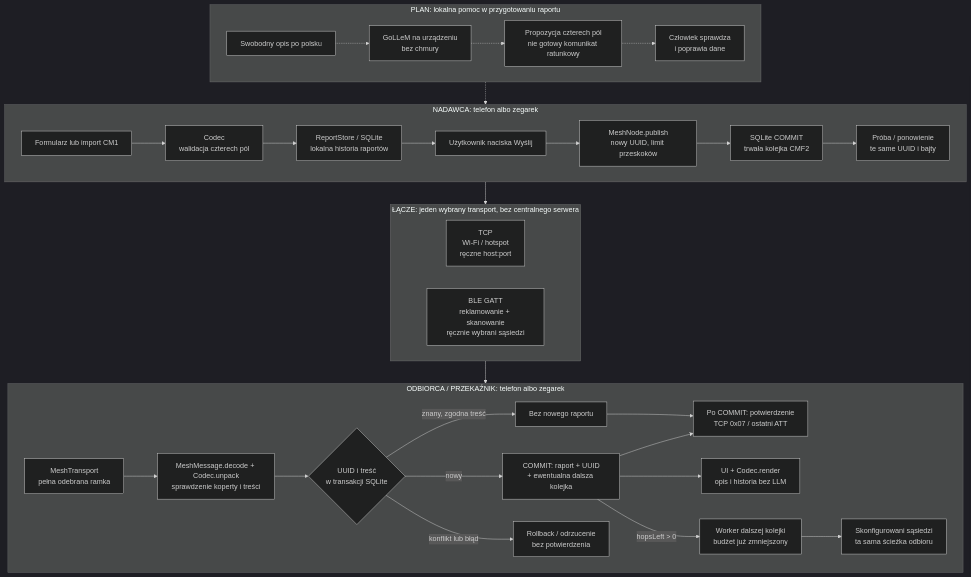
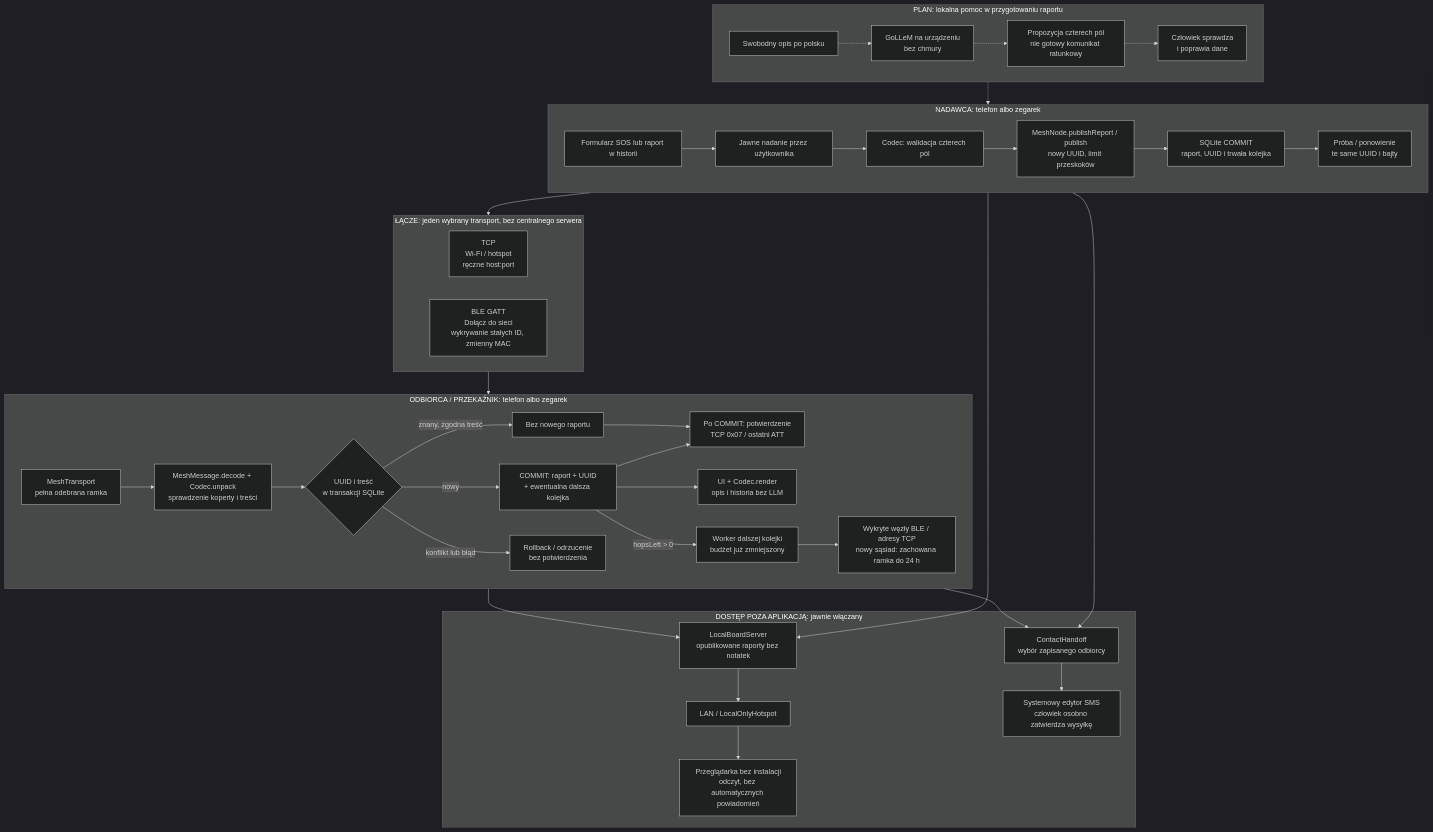
One commit to PiotrStyla/crisis_mesh changed the diagram in ARCHITECTURE.md. Above: the diagram before and after it, drawn with Mermaid (dark theme). The commit also changed other lines of this file and 20 other files, not shown here.

Commit message:
Add automatic BLE mesh, offline public board and explicit SMS handoff

````diff
--- a/ARCHITECTURE.md
+++ b/ARCHITECTURE.md
@@ -13,42 +13,51 @@
 ```mermaid
 flowchart TB
     subgraph future["PLAN: lokalna pomoc w przygotowaniu raportu"]
         direction LR
         text["Swobodny opis po polsku"] -.-> llm["GoLLeM na urządzeniu\nbez chmury"]
         llm -.-> proposal["Propozycja czterech pól\nnie gotowy komunikat ratunkowy"]
         proposal -.-> human["Człowiek sprawdza\ni poprawia dane"]
     end
 
     subgraph sender["NADAWCA: telefon albo zegarek"]
         direction LR
-        form["Formularz lub import CM1"] --> codec["Codec\nwalidacja czterech pól"]
-        codec --> local["ReportStore / SQLite\nlokalna historia raportów"]
-        local --> send["Użytkownik naciska Wyślij"]
-        send --> publish["MeshNode.publish\nnowy UUID, limit przeskoków"]
-        publish --> envelope["SQLite COMMIT\ntrwała kolejka CMF2"]
-        envelope --> retry["Próba / ponowienie\nte same UUID i bajty"]
+        form["Formularz SOS lub raport w historii"] --> send["Jawne nadanie przez użytkownika"]
+        send --> codec["Codec: walidacja czterech pól"]
+        codec --> publish["MeshNode.publishReport / publish\nnowy UUID, limit przeskoków"]
+        publish --> local["SQLite COMMIT\nraport, UUID i trwała kolejka"]
+        local --> retry["Próba / ponowienie\nte same UUID i bajty"]
     end
     future -.-> sender
 
     subgraph link["ŁĄCZE: jeden wybrany transport, bez centralnego serwera"]
         direction LR
         tcp["TCP\nWi-Fi / hotspot\nręczne host:port"]
-        ble["BLE GATT\nreklamowanie + skanowanie\nręcznie wybrani sąsiedzi"]
+        ble["BLE GATT\nDołącz do sieci\nwykrywanie stałych ID, zmienny MAC"]
     end
     sender --> link
 
     subgraph receiver["ODBIORCA / PRZEKAŹNIK: telefon albo zegarek"]
         direction LR
         incoming["MeshTransport\npełna odebrana ramka"] --> valid["MeshMessage.decode + Codec.unpack\nsprawdzenie koperty i treści"]
         valid --> seen{"UUID i treść\nw transakcji SQLite"}
         seen -->|"znany, zgodna treść"| duplicate["Bez nowego raportu"]
         duplicate --> ack["Po COMMIT: potwierdzenie\nTCP 0x07 / ostatni ATT"]
         seen -->|nowy| store["COMMIT: raport + UUID\n+ ewentualna dalsza kolejka"]
         store --> ack
         store --> render["UI + Codec.render\nopis i historia bez LLM"]
         store -->|"hopsLeft > 0"| forward["Worker dalszej kolejki\nbudżet już zmniejszony"]
-        forward --> next["Skonfigurowani sąsiedzi\nta sama ścieżka odbioru"]
+        forward --> next["Wykryte węzły BLE / adresy TCP\nnowy sąsiad: zachowana ramka do 24 h"]
         seen -->|"konflikt lub błąd"| reject["Rollback / odrzucenie\nbez potwierdzenia"]
     end
     link --> receiver
+
+    subgraph access["DOSTĘP POZA APLIKACJĄ: jawnie włączany"]
+        board["LocalBoardServer\nopublikowane raporty bez notatek"] --> wifi["LAN / LocalOnlyHotspot"]
+        wifi --> browser["Przeglądarka bez instalacji\nodczyt, bez automatycznych powiadomień"]
+        sms["ContactHandoff\nwybór zapisanego odbiorcy"] --> composer["Systemowy edytor SMS\nczłowiek osobno zatwierdza wysyłkę"]
+    end
+    local --> board
+    store --> board
+    local --> sms
+    store --> sms
 ```
````
